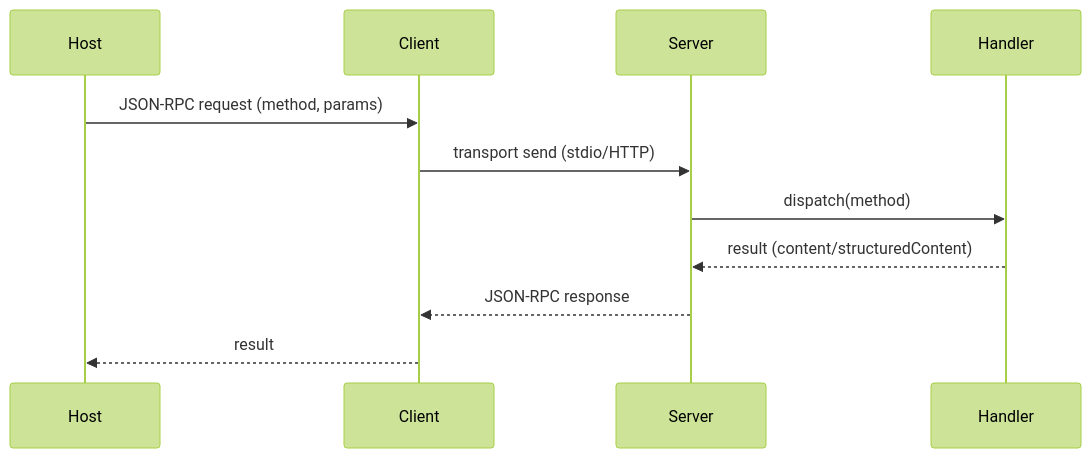
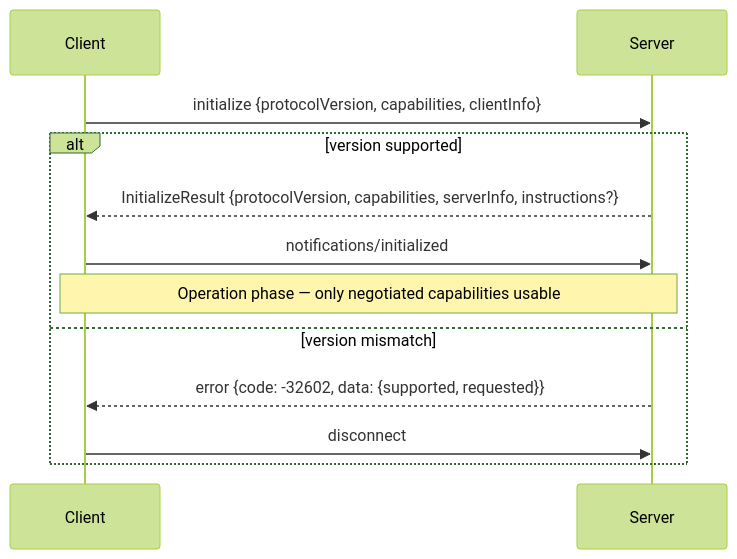
The third of 5 diagrams in .github/prompts/project-workflow-analysis-blueprint-generator.prompt.md (j0hanz/workbench), drawn with Mermaid (forest theme) before and after one commit. The commit also changed other lines of this file and 2 other files, not shown here.

````diff
--- a/.github/prompts/project-workflow-analysis-blueprint-generator.prompt.md
+++ b/.github/prompts/project-workflow-analysis-blueprint-generator.prompt.md
@@ -221,13 +248,16 @@
 ```mermaid
 sequenceDiagram
-   participant Host
-   participant Client
-   participant Server
-   participant Handler
-   Host->>Client: JSON-RPC request (method, params)
-   Client->>Server: transport send (stdio/HTTP)
-   Server->>Handler: dispatch(method)
-   Handler-->>Server: result (content/structuredContent)
-   Server-->>Client: JSON-RPC response
-   Client-->>Host: result
+    participant Client
+    participant Server
+
+    Client->>Server: initialize {protocolVersion, capabilities, clientInfo}
+
+    alt version supported
+        Server-->>Client: InitializeResult {protocolVersion, capabilities, serverInfo, instructions?}
+        Client->>Server: notifications/initialized
+        Note over Client,Server: Operation phase — only negotiated capabilities usable
+    else version mismatch
+        Server-->>Client: error {code: -32602, data: {supported, requested}}
+        Client->>Server: disconnect
+    end
 ```
````
